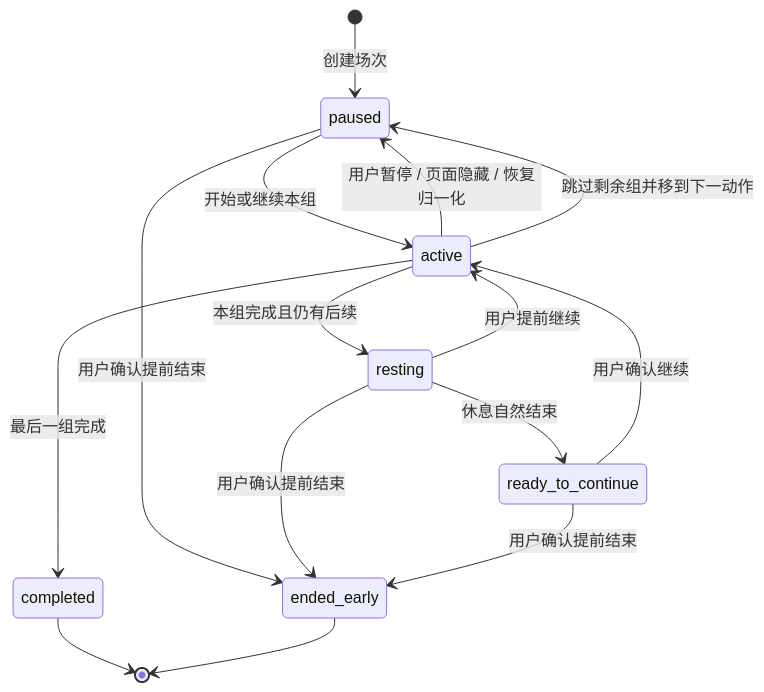
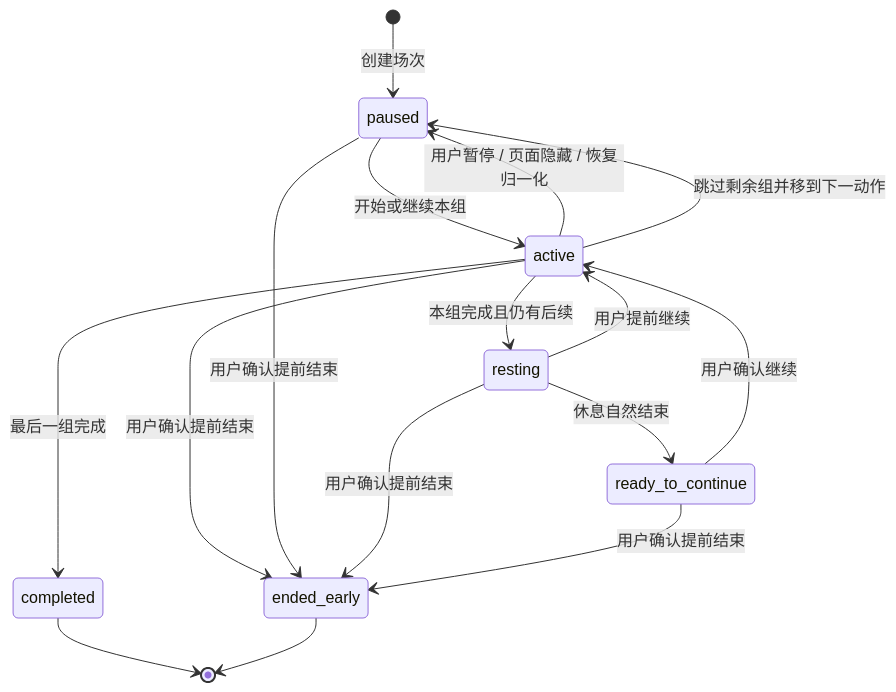
Before and after one commit to happyJumpup/Hachimi: the diagram in docs/technical/training-session-contract.md, drawn with Mermaid. The commit also changed other lines of this file and 4 other files, not shown here.

````diff
--- a/docs/technical/training-session-contract.md
+++ b/docs/technical/training-session-contract.md
@@ -175,17 +175,18 @@
 ```mermaid
 stateDiagram-v2
     [*] --> paused: 创建场次
     paused --> active: 开始或继续本组
     active --> paused: 用户暂停 / 页面隐藏 / 恢复归一化
     active --> resting: 本组完成且仍有后续
     active --> completed: 最后一组完成
     resting --> active: 用户提前继续
     resting --> ready_to_continue: 休息自然结束
     ready_to_continue --> active: 用户确认继续
     active --> paused: 跳过剩余组并移到下一动作
+    active --> ended_early: 用户确认提前结束
     paused --> ended_early: 用户确认提前结束
     resting --> ended_early: 用户确认提前结束
     ready_to_continue --> ended_early: 用户确认提前结束
     completed --> [*]
     ended_early --> [*]
 ```
````
